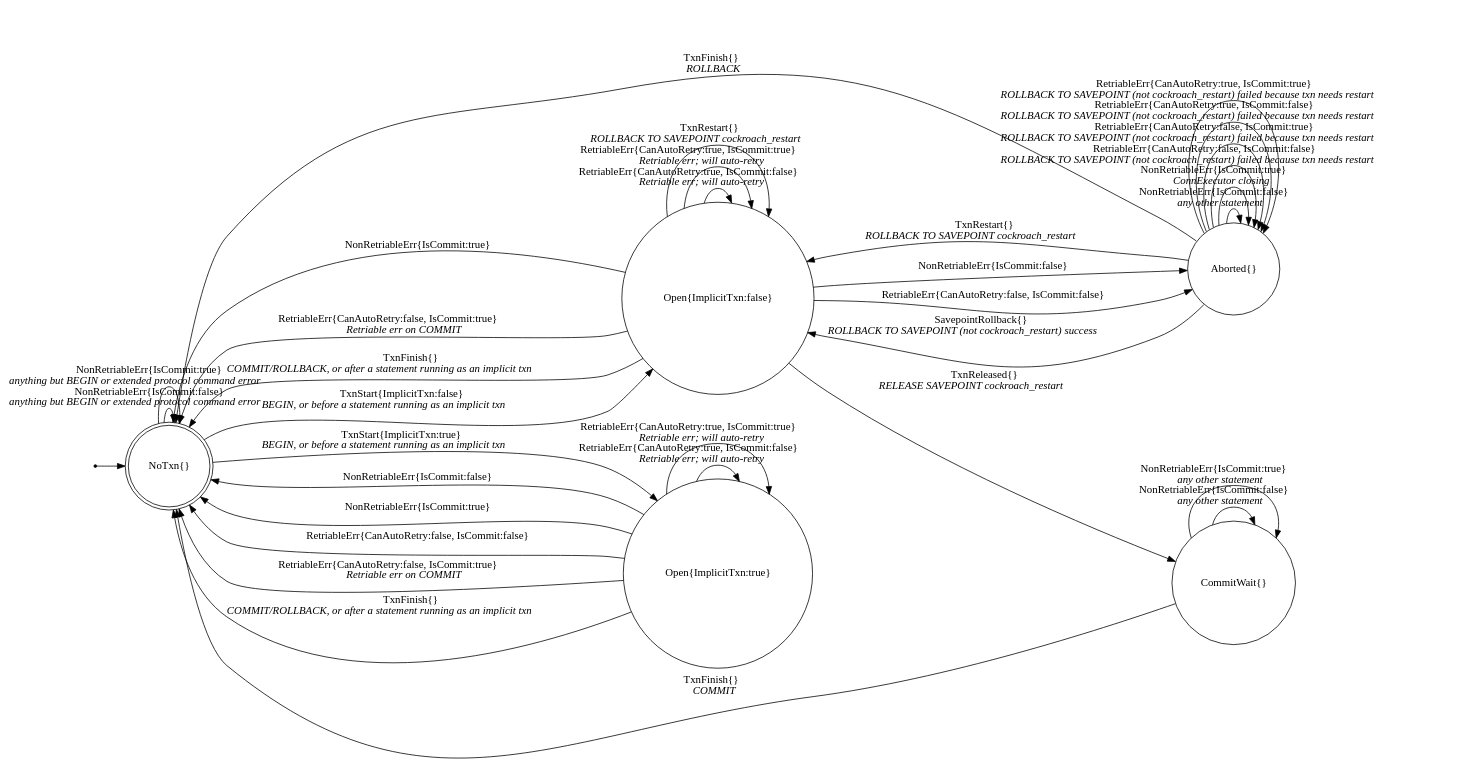
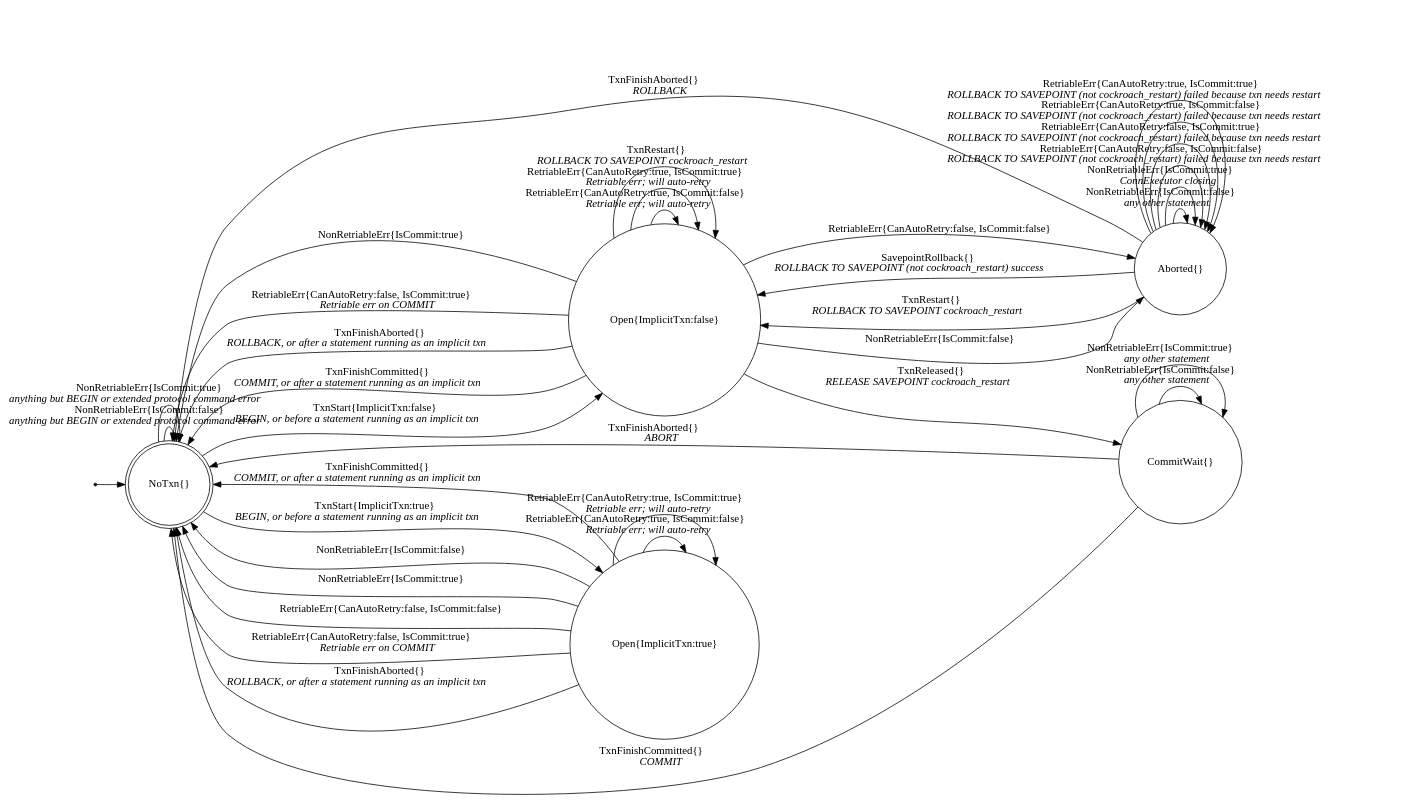
Before and after one commit to cockroachdb/cockroach: the diagram in pkg/sql/txnstatetransitions_diagram.gv, drawn with Graphviz. The commit also changed 5 other files, not shown here.

First line of the commit message:
sql: split eventTxnFinish to avoid payload allocation

```diff
--- a/pkg/sql/txnstatetransitions_diagram.gv
+++ b/pkg/sql/txnstatetransitions_diagram.gv
@@ -1,48 +1,51 @@
 // Code generated by "../util/fsm/gen/reports.sh TxnStateTransitions stateNoTxn"; DO NOT EDIT.
 // To generate a .png file, run:
 // brew install cairo pango
 // brew install graphviz --with-pango
 // dot -Tpng txnstatetransitions_diagram.gv -o txnstatetransitions_diagram.png".
 
 // The Pango/Cairo renderer is needed for rendering our HTML labels.
 digraph finite_state_machine {
 	rankdir=LR;
 
 	node [shape = doublecircle]; "NoTxn{}";
 	node [shape = point ]; qi
 	qi -> "NoTxn{}";
 
 	node [shape = circle];
 	"Aborted{}" -> "Aborted{}" [label = <NonRetriableErr{IsCommit:false}<BR/><I>any other statement</I>>]
 	"Aborted{}" -> "Aborted{}" [label = <NonRetriableErr{IsCommit:true}<BR/><I>ConnExecutor closing</I>>]
 	"Aborted{}" -> "Aborted{}" [label = <RetriableErr{CanAutoRetry:false, IsCommit:false}<BR/><I>ROLLBACK TO SAVEPOINT (not cockroach_restart) failed because txn needs restart</I>>]
 	"Aborted{}" -> "Aborted{}" [label = <RetriableErr{CanAutoRetry:false, IsCommit:true}<BR/><I>ROLLBACK TO SAVEPOINT (not cockroach_restart) failed because txn needs restart</I>>]
 	"Aborted{}" -> "Aborted{}" [label = <RetriableErr{CanAutoRetry:true, IsCommit:false}<BR/><I>ROLLBACK TO SAVEPOINT (not cockroach_restart) failed because txn needs restart</I>>]
 	"Aborted{}" -> "Aborted{}" [label = <RetriableErr{CanAutoRetry:true, IsCommit:true}<BR/><I>ROLLBACK TO SAVEPOINT (not cockroach_restart) failed because txn needs restart</I>>]
 	"Aborted{}" -> "Open{ImplicitTxn:false}" [label = <SavepointRollback{}<BR/><I>ROLLBACK TO SAVEPOINT (not cockroach_restart) success</I>>]
-	"Aborted{}" -> "NoTxn{}" [label = <TxnFinish{}<BR/><I>ROLLBACK</I>>]
+	"Aborted{}" -> "NoTxn{}" [label = <TxnFinishAborted{}<BR/><I>ROLLBACK</I>>]
 	"Aborted{}" -> "Open{ImplicitTxn:false}" [label = <TxnRestart{}<BR/><I>ROLLBACK TO SAVEPOINT cockroach_restart</I>>]
 	"CommitWait{}" -> "CommitWait{}" [label = <NonRetriableErr{IsCommit:false}<BR/><I>any other statement</I>>]
 	"CommitWait{}" -> "CommitWait{}" [label = <NonRetriableErr{IsCommit:true}<BR/><I>any other statement</I>>]
-	"CommitWait{}" -> "NoTxn{}" [label = <TxnFinish{}<BR/><I>COMMIT</I>>]
+	"CommitWait{}" -> "NoTxn{}" [label = <TxnFinishAborted{}<BR/><I>ABORT</I>>]
+	"CommitWait{}" -> "NoTxn{}" [label = <TxnFinishCommitted{}<BR/><I>COMMIT</I>>]
 	"NoTxn{}" -> "NoTxn{}" [label = <NonRetriableErr{IsCommit:false}<BR/><I>anything but BEGIN or extended protocol command error</I>>]
 	"NoTxn{}" -> "NoTxn{}" [label = <NonRetriableErr{IsCommit:true}<BR/><I>anything but BEGIN or extended protocol command error</I>>]
 	"NoTxn{}" -> "Open{ImplicitTxn:false}" [label = <TxnStart{ImplicitTxn:false}<BR/><I>BEGIN, or before a statement running as an implicit txn</I>>]
 	"NoTxn{}" -> "Open{ImplicitTxn:true}" [label = <TxnStart{ImplicitTxn:true}<BR/><I>BEGIN, or before a statement running as an implicit txn</I>>]
 	"Open{ImplicitTxn:false}" -> "Aborted{}" [label = "NonRetriableErr{IsCommit:false}"]
 	"Open{ImplicitTxn:false}" -> "NoTxn{}" [label = "NonRetriableErr{IsCommit:true}"]
 	"Open{ImplicitTxn:false}" -> "Aborted{}" [label = "RetriableErr{CanAutoRetry:false, IsCommit:false}"]
 	"Open{ImplicitTxn:false}" -> "NoTxn{}" [label = <RetriableErr{CanAutoRetry:false, IsCommit:true}<BR/><I>Retriable err on COMMIT</I>>]
 	"Open{ImplicitTxn:false}" -> "Open{ImplicitTxn:false}" [label = <RetriableErr{CanAutoRetry:true, IsCommit:false}<BR/><I>Retriable err; will auto-retry</I>>]
 	"Open{ImplicitTxn:false}" -> "Open{ImplicitTxn:false}" [label = <RetriableErr{CanAutoRetry:true, IsCommit:true}<BR/><I>Retriable err; will auto-retry</I>>]
-	"Open{ImplicitTxn:false}" -> "NoTxn{}" [label = <TxnFinish{}<BR/><I>COMMIT/ROLLBACK, or after a statement running as an implicit txn</I>>]
+	"Open{ImplicitTxn:false}" -> "NoTxn{}" [label = <TxnFinishAborted{}<BR/><I>ROLLBACK, or after a statement running as an implicit txn</I>>]
+	"Open{ImplicitTxn:false}" -> "NoTxn{}" [label = <TxnFinishCommitted{}<BR/><I>COMMIT, or after a statement running as an implicit txn</I>>]
 	"Open{ImplicitTxn:false}" -> "CommitWait{}" [label = <TxnReleased{}<BR/><I>RELEASE SAVEPOINT cockroach_restart</I>>]
 	"Open{ImplicitTxn:false}" -> "Open{ImplicitTxn:false}" [label = <TxnRestart{}<BR/><I>ROLLBACK TO SAVEPOINT cockroach_restart</I>>]
 	"Open{ImplicitTxn:true}" -> "NoTxn{}" [label = "NonRetriableErr{IsCommit:false}"]
 	"Open{ImplicitTxn:true}" -> "NoTxn{}" [label = "NonRetriableErr{IsCommit:true}"]
 	"Open{ImplicitTxn:true}" -> "NoTxn{}" [label = "RetriableErr{CanAutoRetry:false, IsCommit:false}"]
 	"Open{ImplicitTxn:true}" -> "NoTxn{}" [label = <RetriableErr{CanAutoRetry:false, IsCommit:true}<BR/><I>Retriable err on COMMIT</I>>]
 	"Open{ImplicitTxn:true}" -> "Open{ImplicitTxn:true}" [label = <RetriableErr{CanAutoRetry:true, IsCommit:false}<BR/><I>Retriable err; will auto-retry</I>>]
 	"Open{ImplicitTxn:true}" -> "Open{ImplicitTxn:true}" [label = <RetriableErr{CanAutoRetry:true, IsCommit:true}<BR/><I>Retriable err; will auto-retry</I>>]
-	"Open{ImplicitTxn:true}" -> "NoTxn{}" [label = <TxnFinish{}<BR/><I>COMMIT/ROLLBACK, or after a statement running as an implicit txn</I>>]
+	"Open{ImplicitTxn:true}" -> "NoTxn{}" [label = <TxnFinishAborted{}<BR/><I>ROLLBACK, or after a statement running as an implicit txn</I>>]
+	"Open{ImplicitTxn:true}" -> "NoTxn{}" [label = <TxnFinishCommitted{}<BR/><I>COMMIT, or after a statement running as an implicit txn</I>>]
 }
```
